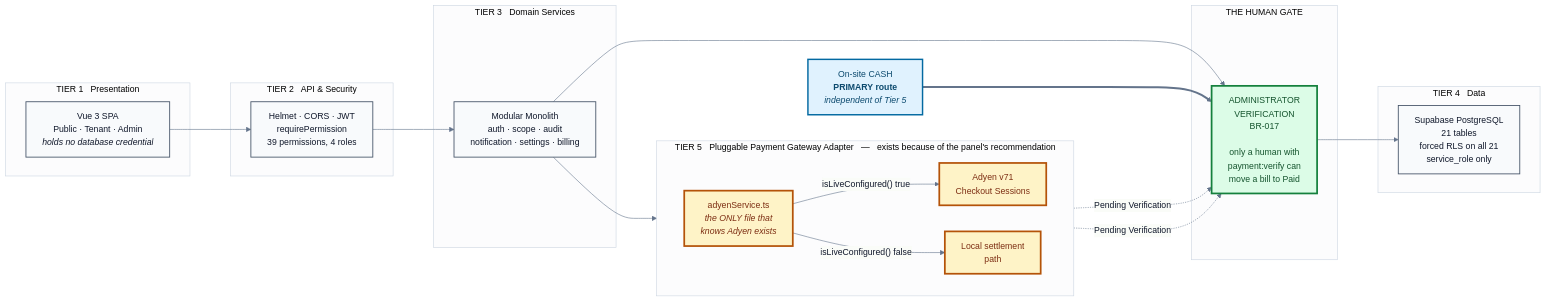
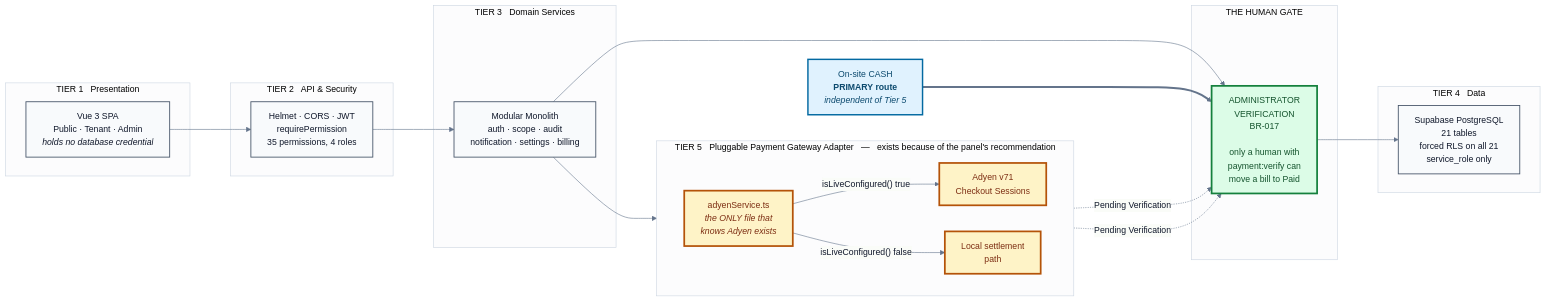
Before and after one commit to SeanJerve/hivelet: the first of 10 diagrams in docs/diagrams/DIAGRAM_SOURCE.md, drawn with Mermaid. The commit also changed 1 other file, not shown here.

Commit message:
docs: the permission count was 39 everywhere it was wrong, 35 everywhere it was checked
Counted rbac.ts's PERMISSIONS object directly (lines 38-89): exactly 35
entries, confirmed twice (a manual line-by-line read and an awk count).
docs/claude_pipeline/outputs/PHASE1_ARCHITECTURE_AND_PATTERN.md already had
this right, citing the same line range. CONTINUE_HERE.md and
docs/diagrams/DIAGRAM_SOURCE.md both said 39 - the DIAGRAM_SOURCE.md figure
is baked into the architecture diagram's Mermaid source, so it would have
shown the wrong number to the panel. No rendered PNG exists yet to also
correct (docs/diagrams/rendered/ is empty).

CONTINUE_HERE.md's own "Recounted everything else. Correct as written"
line asserted 39 was verified - it wasn't; this is that recount's own
error, caught on a routine spot-check rather than by anyone reading the
line and doing the count. Left docs/claude_pipeline/prompts/PROMPT_3_BACKEND_SERVICES.md
alone - it is a historical prompt record, not a current-state claim, same
treatment as the errata's own point-in-time figures elsewhere in this
project.

````diff
--- a/docs/diagrams/DIAGRAM_SOURCE.md
+++ b/docs/diagrams/DIAGRAM_SOURCE.md
@@ -87,51 +87,51 @@
 ```mermaid
 %%{init: {'theme':'base','themeVariables':{'fontFamily':'Inter, Segoe UI, Helvetica, sans-serif','fontSize':'15px','primaryColor':'#f8fafc','primaryTextColor':'#0f172a','primaryBorderColor':'#94a3b8','lineColor':'#64748b','tertiaryColor':'#ffffff','clusterBkg':'#fcfcfd','clusterBorder':'#cbd5e1'}, 'flowchart': {'curve':'basis','nodeSpacing':45,'rankSpacing':70,'padding':14}}}%%
 graph LR
 
     subgraph T1 ["TIER 1 &nbsp; Presentation"]
         UI["Vue 3 SPA<br/>Public &middot; Tenant &middot; Admin<br/><i>holds no database credential</i>"]
     end
 
     subgraph T2 ["TIER 2 &nbsp; API &amp; Security"]
-        SEC["Helmet &middot; CORS &middot; JWT<br/>requirePermission<br/>39 permissions, 4 roles"]
+        SEC["Helmet &middot; CORS &middot; JWT<br/>requirePermission<br/>35 permissions, 4 roles"]
     end
 
     subgraph T3 ["TIER 3 &nbsp; Domain Services"]
         SRV["Modular Monolith<br/>auth &middot; scope &middot; audit<br/>notification &middot; settings &middot; billing"]
     end
 
     subgraph TG ["&nbsp; THE HUMAN GATE &nbsp;"]
         GATE["ADMINISTRATOR<br/>VERIFICATION<br/>BR-017<br/><br/>only a human with<br/>payment:verify can<br/>move a bill to Paid"]
     end
 
     subgraph T4 ["TIER 4 &nbsp; Data"]
         DB["Supabase PostgreSQL<br/>21 tables<br/>forced RLS on all 21<br/>service_role only"]
     end
 
     subgraph T5 ["TIER 5 &nbsp; Pluggable Payment Gateway Adapter &nbsp; &mdash; &nbsp; exists because of the panel's recommendation"]
         direction LR
         ADAPTER["adyenService.ts<br/><i>the ONLY file that<br/>knows Adyen exists</i>"]
         LIVE["Adyen v71<br/>Checkout Sessions"]
         FALLBACK["Local settlement<br/>path"]
         ADAPTER -->|"isLiveConfigured&lpar;&rpar; true"| LIVE
         ADAPTER -->|"isLiveConfigured&lpar;&rpar; false"| FALLBACK
     end
 
     CASH["On-site CASH<br/><b>PRIMARY route</b><br/><i>independent of Tier 5</i>"]
 
     UI --> SEC --> SRV --> GATE --> DB
     SRV --> ADAPTER
     LIVE -.->|"Pending Verification"| GATE
     FALLBACK -.->|"Pending Verification"| GATE
     CASH ==> GATE
 
     classDef tier fill:#f8fafc,stroke:#475569,stroke-width:1.5px,color:#0f172a
     classDef adapter fill:#fef3c7,stroke:#b45309,stroke-width:3px,color:#7c2d12
     classDef gate fill:#dcfce7,stroke:#15803d,stroke-width:3px,color:#14532d
     classDef cash fill:#e0f2fe,stroke:#0369a1,stroke-width:2.5px,color:#0c4a6e
 
     class UI,SEC,SRV,DB tier
     class ADAPTER,LIVE,FALLBACK adapter
     class GATE gate
     class CASH cash
 ```
````
